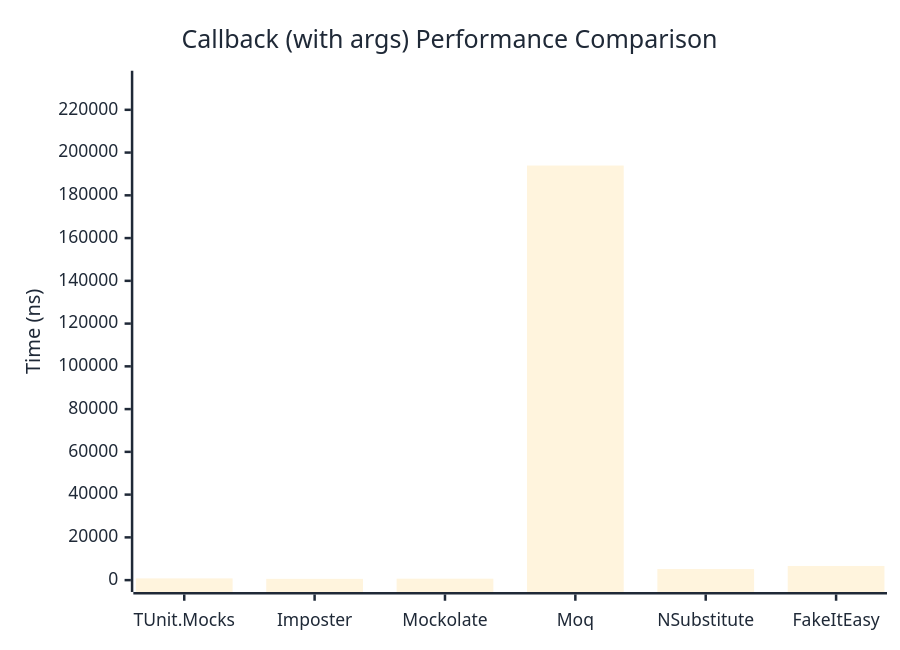
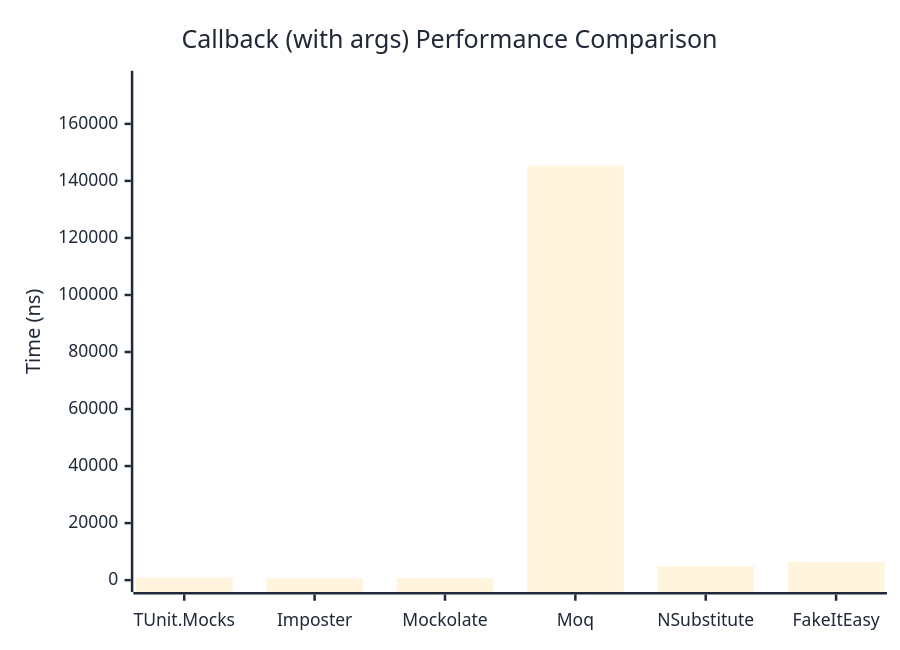
Before and after one commit to thomhurst/TUnit: the second of 2 diagrams in docs/docs/benchmarks/mocks/Callback.md, drawn with Mermaid. The commit also changed other lines of this file and 14 other files, not shown here.

````diff
--- a/docs/docs/benchmarks/mocks/Callback.md
+++ b/docs/docs/benchmarks/mocks/Callback.md
@@ -69,27 +69,27 @@
 ```mermaid
 %%{init: {
   'theme':'base',
   'themeVariables': {
     'primaryColor': '#2563eb',
     'primaryTextColor': '#1f2937',
     'primaryBorderColor': '#1e40af',
     'lineColor': '#6b7280',
     'secondaryColor': '#7c3aed',
     'tertiaryColor': '#dc2626',
     'background': '#ffffff',
     'pie1': '#2563eb',
     'pie2': '#7c3aed',
     'pie3': '#dc2626',
     'pie4': '#f59e0b',
     'pie5': '#10b981',
     'pie6': '#06b6d4',
     'pie7': '#ec4899',
     'pie8': '#6366f1'
   }
 }}%%
 xychart-beta
   title "Callback (with args) Performance Comparison"
   x-axis ["TUnit.Mocks", "Imposter", "Mockolate", "Moq", "NSubstitute", "FakeItEasy"]
-  y-axis "Time (ns)" 0 --> 232719
-  bar [814.2, 598.2, 676.7, 193932.5, 5182.1, 6631.6]
+  y-axis "Time (ns)" 0 --> 174467
+  bar [949.3, 625.3, 762, 145388.9, 4890.5, 6437.6]
 ```
````
